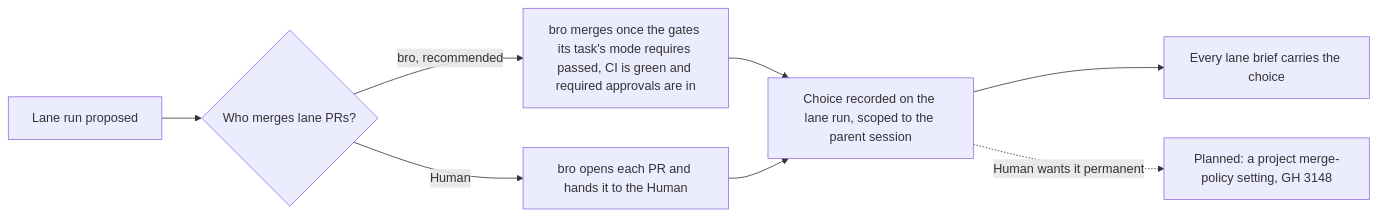
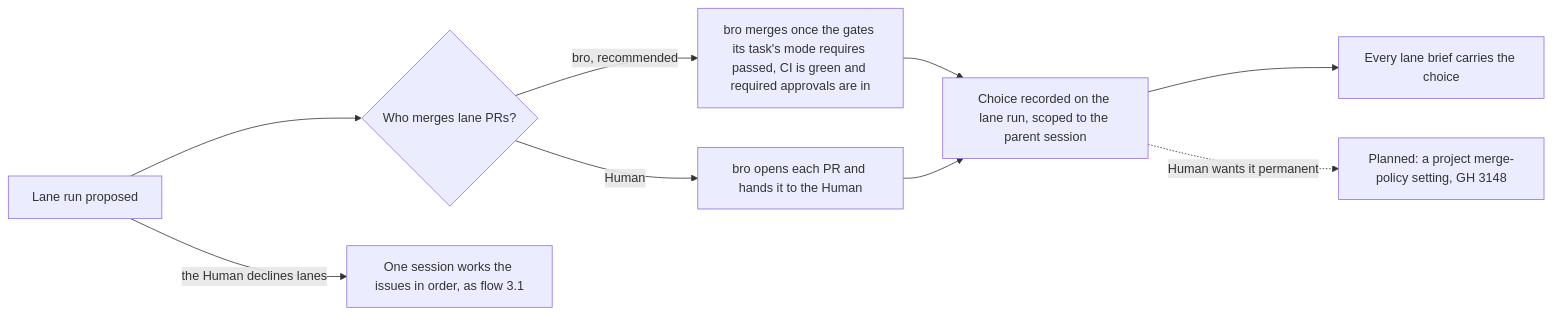
Before and after one commit to trustmybot/plugin: the first of 6 diagrams in docs/architecture/LANES.md, drawn with Mermaid. The commit also changed other lines of this file and 2 other files, not shown here.

First line of the commit message:
📝 docs(lanes): fill the edge cases of parallel lanes (GH 3260)

````diff
--- a/docs/architecture/LANES.md
+++ b/docs/architecture/LANES.md
@@ -31,10 +31,11 @@
 ```mermaid
 flowchart LR
     A[Lane run proposed] --> B{Who merges lane PRs?}
+    A -- the Human declines lanes --> N[One session works the issues in order, as flow 3.1]
     B -- bro, recommended --> C[bro merges once the gates its task's mode requires passed, CI is green and required approvals are in]
     B -- Human --> D[bro opens each PR and hands it to the Human]
     C --> E[Choice recorded on the lane run, scoped to the parent session]
     D --> E
     E --> F[Every lane brief carries the choice]
     E -. Human wants it permanent .-> G[Planned: a project merge-policy setting, GH 3148]
 ```
````
